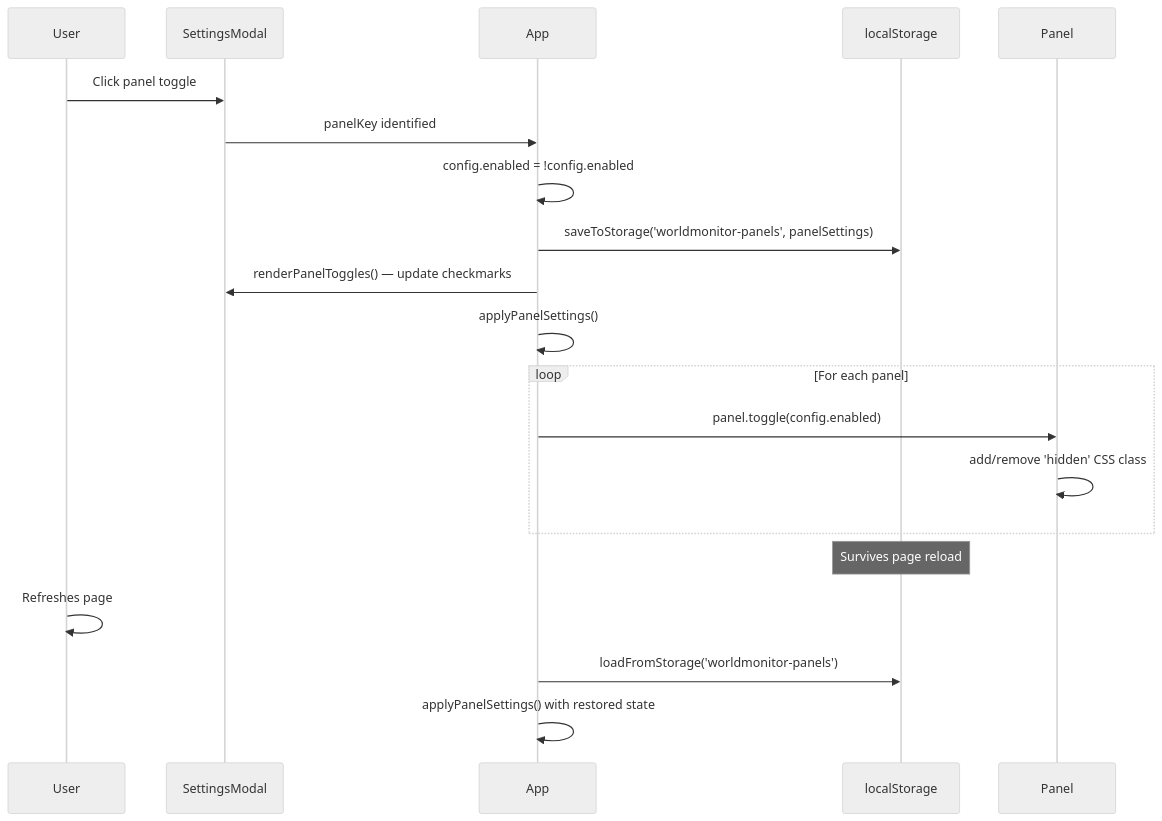
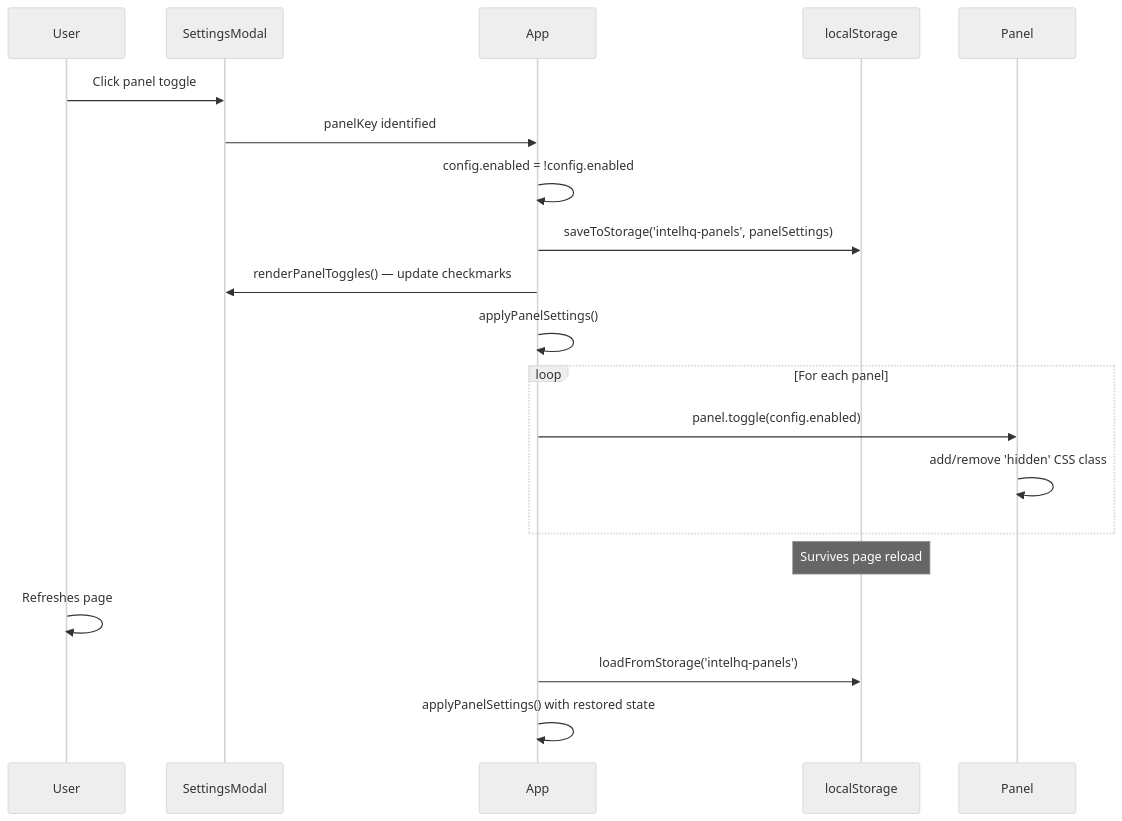
One commit to laikhtman/worldmonitor changed the third of 3 diagrams in docs/PANELS.md. Above: the diagram before and after it, drawn with Mermaid (neutral theme). The commit also changed other lines of this file and 90 other files, not shown here.

````diff
--- a/docs/PANELS.md
+++ b/docs/PANELS.md
@@ -870,23 +870,23 @@
 ```mermaid
 sequenceDiagram
     participant User
     participant SettingsModal
     participant App
     participant localStorage
     participant Panel
 
     User->>SettingsModal: Click panel toggle
     SettingsModal->>App: panelKey identified
     App->>App: config.enabled = !config.enabled
-    App->>localStorage: saveToStorage('worldmonitor-panels', panelSettings)
+    App->>localStorage: saveToStorage('intelhq-panels', panelSettings)
     App->>SettingsModal: renderPanelToggles() — update checkmarks
     App->>App: applyPanelSettings()
     loop For each panel
         App->>Panel: panel.toggle(config.enabled)
         Panel->>Panel: add/remove 'hidden' CSS class
     end
     Note over localStorage: Survives page reload
     User->>User: Refreshes page
-    App->>localStorage: loadFromStorage('worldmonitor-panels')
+    App->>localStorage: loadFromStorage('intelhq-panels')
     App->>App: applyPanelSettings() with restored state
 ```
````
